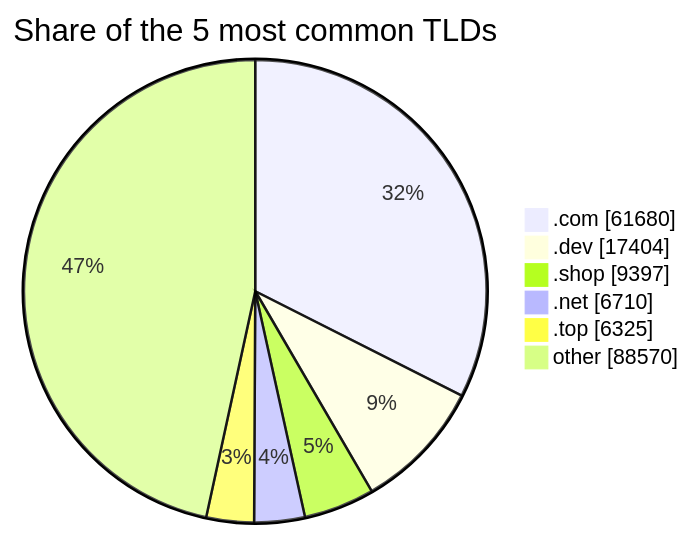
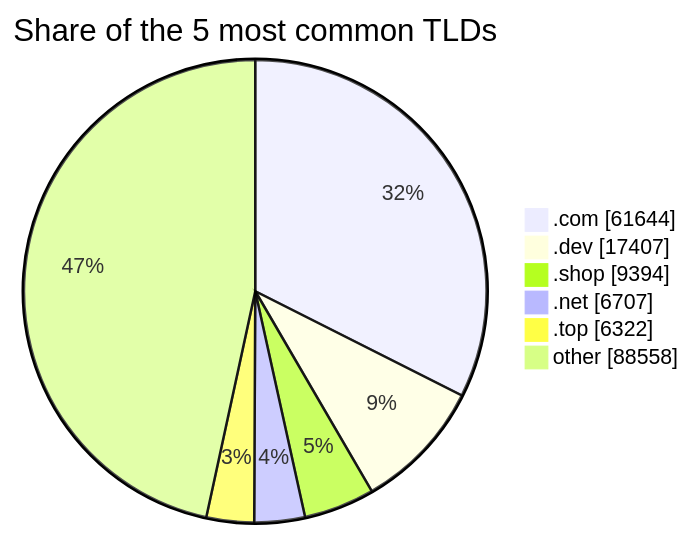
Before and after one commit to DNSBunker/CTI: the third of 3 diagrams in README.md, drawn with Mermaid. The commit also changed other lines of this file and 3 other files, not shown here.

````diff
--- a/README.md
+++ b/README.md
@@ -81,9 +81,9 @@
 ```mermaid
 pie showData title Share of the 5 most common TLDs
-    ".com" : 61680
-    ".dev" : 17404
-    ".shop" : 9397
-    ".net" : 6710
-    ".top" : 6325
-    "other" : 88570
+    ".com" : 61644
+    ".dev" : 17407
+    ".shop" : 9394
+    ".net" : 6707
+    ".top" : 6322
+    "other" : 88558
 ```
````
